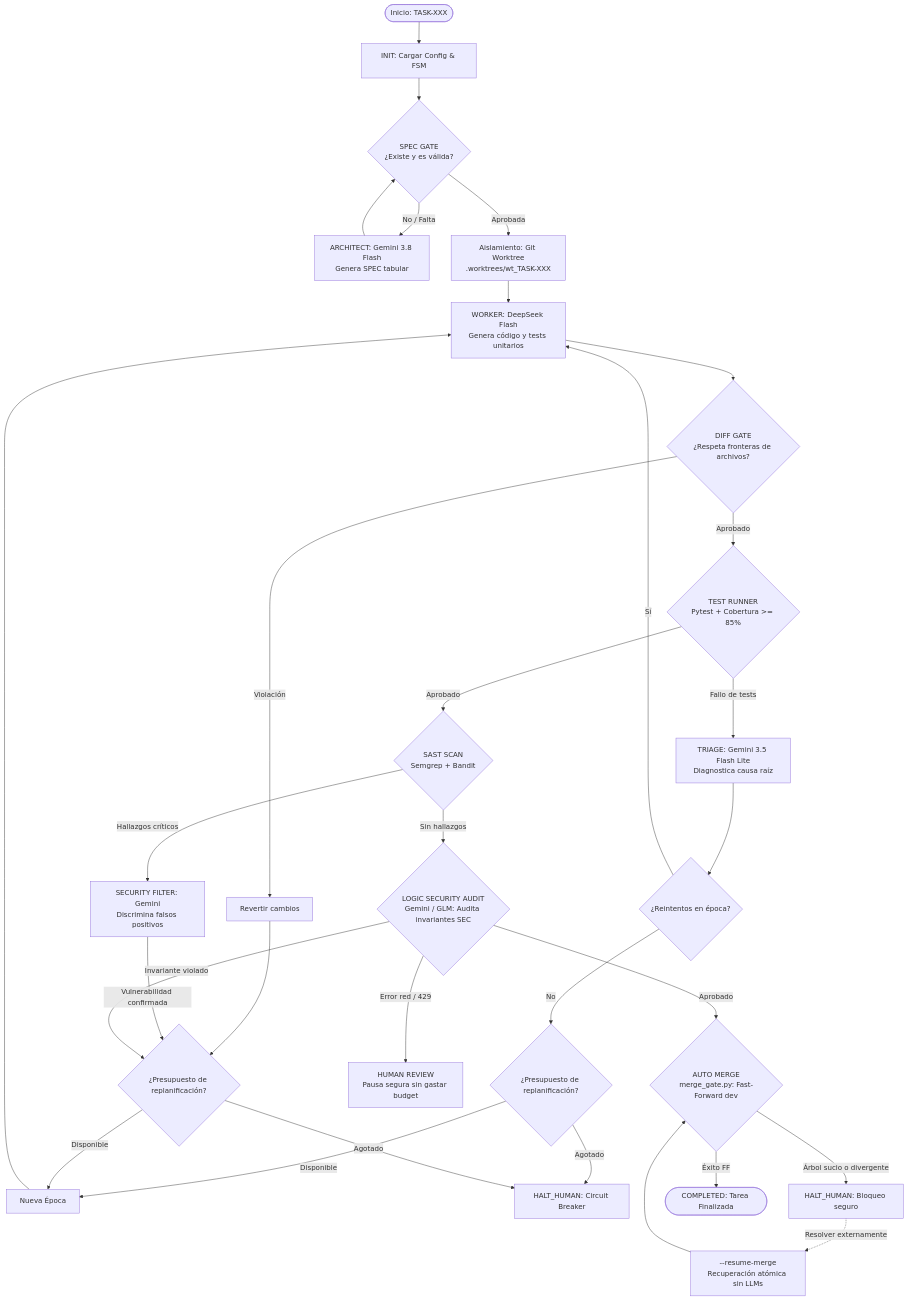
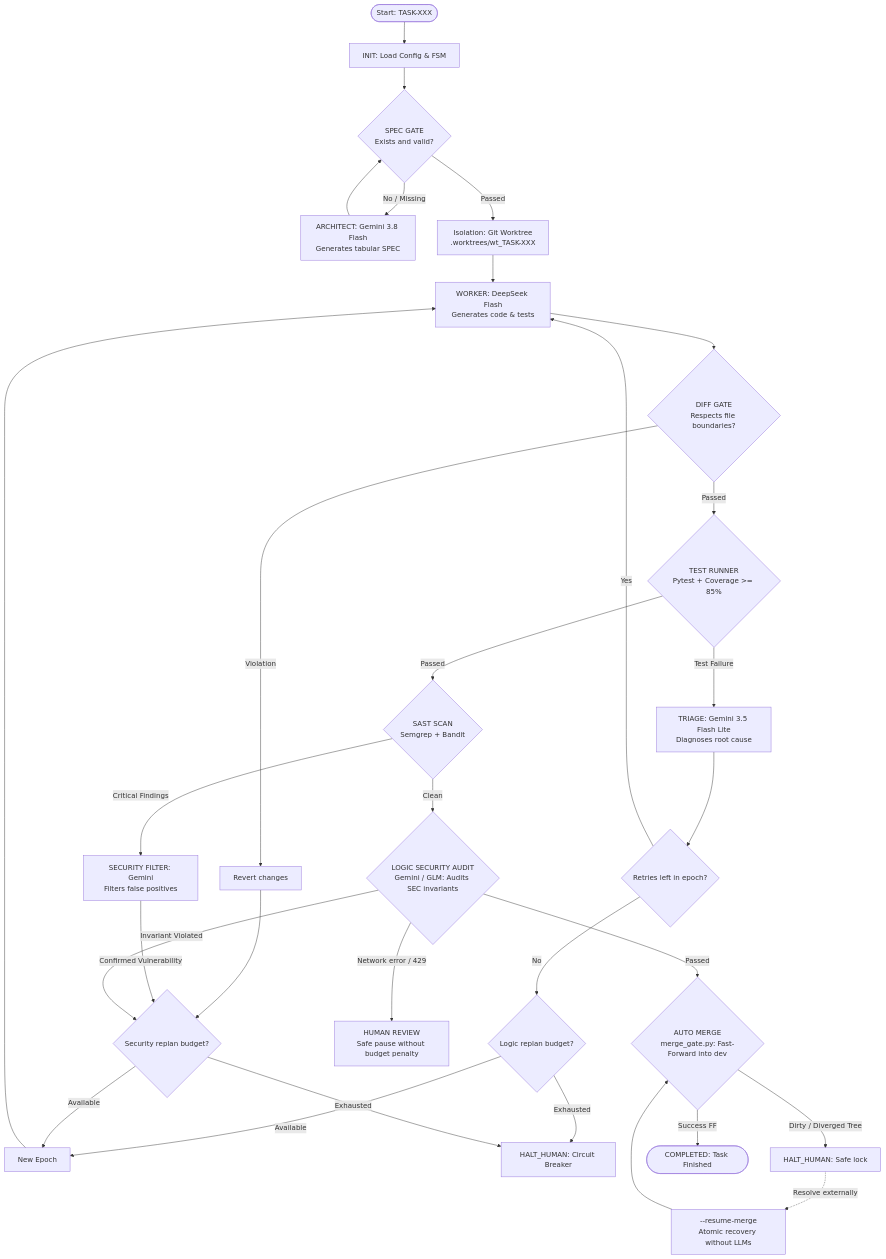
The diagram in README.md (LE0ST/autonomous-multi-agent-software-factory), drawn with Mermaid before and after one commit. The commit also changed other lines of this file and 3 other files, not shown here.

````diff
--- a/README.md
+++ b/README.md
@@ -36,39 +38,39 @@
 ```mermaid
 flowchart TD
-    Start([Inicio: TASK-XXX]) --> INIT[INIT: Cargar Config & FSM]
-    INIT --> SPEC_GATE{SPEC GATE<br/>¿Existe y es válida?}
+    Start([Start: TASK-XXX]) --> INIT[INIT: Load Config & FSM]
+    INIT --> SPEC_GATE{SPEC GATE<br/>Exists and valid?}
     
-    SPEC_GATE -- No / Falta --> ARCHITECT[ARCHITECT: Gemini 3.8 Flash<br/>Genera SPEC tabular]
+    SPEC_GATE -- No / Missing --> ARCHITECT[ARCHITECT: Gemini 3.8 Flash<br/>Generates tabular SPEC]
     ARCHITECT --> SPEC_GATE
     
-    SPEC_GATE -- Aprobada --> WORKTREE[Aislamiento: Git Worktree<br/>.worktrees/wt_TASK-XXX]
-    WORKTREE --> WORKER[WORKER: DeepSeek Flash<br/>Genera código y tests unitarios]
+    SPEC_GATE -- Passed --> WORKTREE[Isolation: Git Worktree<br/>.worktrees/wt_TASK-XXX]
+    WORKTREE --> WORKER[WORKER: DeepSeek Flash<br/>Generates code & tests]
     
-    WORKER --> DIFF_GATE{DIFF GATE<br/>¿Respeta fronteras de archivos?}
-    DIFF_GATE -- Violación --> REVERT_DIFF[Revertir cambios] --> REPLAN_SEC{¿Presupuesto de replanificación?}
+    WORKER --> DIFF_GATE{DIFF GATE<br/>Respects file boundaries?}
+    DIFF_GATE -- Violation --> REVERT_DIFF[Revert changes] --> REPLAN_SEC{Security replan budget?}
     
-    DIFF_GATE -- Aprobado --> TESTING{TEST RUNNER<br/>Pytest + Cobertura >= 85%}
-    TESTING -- Fallo de tests --> TRIAGE[TRIAGE: Gemini 3.5 Flash Lite<br/>Diagnostica causa raíz]
-    TRIAGE --> RETRY_EPOCH{¿Reintentos en época?}
-    RETRY_EPOCH -- Sí --> WORKER
-    RETRY_EPOCH -- No --> REPLAN_LOG{¿Presupuesto de replanificación?}
-    REPLAN_LOG -- Disponible --> NEW_EPOCH[Nueva Época] --> WORKER
-    REPLAN_LOG -- Agotado --> HALT_HUMAN[HALT_HUMAN: Circuit Breaker]
+    DIFF_GATE -- Passed --> TESTING{TEST RUNNER<br/>Pytest + Coverage >= 85%}
+    TESTING -- Test Failure --> TRIAGE[TRIAGE: Gemini 3.5 Flash Lite<br/>Diagnoses root cause]
+    TRIAGE --> RETRY_EPOCH{Retries left in epoch?}
+    RETRY_EPOCH -- Yes --> WORKER
+    RETRY_EPOCH -- No --> REPLAN_LOG{Logic replan budget?}
+    REPLAN_LOG -- Available --> NEW_EPOCH[New Epoch] --> WORKER
+    REPLAN_LOG -- Exhausted --> HALT_HUMAN[HALT_HUMAN: Circuit Breaker]
     
-    TESTING -- Aprobado --> SAST{SAST SCAN<br/>Semgrep + Bandit}
-    SAST -- Hallazgos críticos --> SAST_FILTER[SECURITY FILTER: Gemini<br/>Discrimina falsos positivos]
-    SAST_FILTER -- Vulnerabilidad confirmada --> REPLAN_SEC
-    REPLAN_SEC -- Disponible --> NEW_EPOCH
-    REPLAN_SEC -- Agotado --> HALT_HUMAN
+    TESTING -- Passed --> SAST{SAST SCAN<br/>Semgrep + Bandit}
+    SAST -- Critical Findings --> SAST_FILTER[SECURITY FILTER: Gemini<br/>Filters false positives]
+    SAST_FILTER -- Confirmed Vulnerability --> REPLAN_SEC
+    REPLAN_SEC -- Available --> NEW_EPOCH
+    REPLAN_SEC -- Exhausted --> HALT_HUMAN
     
-    SAST -- Sin hallazgos --> LOGIC_AUDIT{LOGIC SECURITY AUDIT<br/>Gemini / GLM: Audita invariantes SEC}
-    LOGIC_AUDIT -- Error red / 429 --> HUMAN_REVIEW[HUMAN REVIEW<br/>Pausa segura sin gastar budget]
-    LOGIC_AUDIT -- Invariante violado --> REPLAN_SEC
+    SAST -- Clean --> LOGIC_AUDIT{LOGIC SECURITY AUDIT<br/>Gemini / GLM: Audits SEC invariants}
+    LOGIC_AUDIT -- Network error / 429 --> HUMAN_REVIEW[HUMAN REVIEW<br/>Safe pause without budget penalty]
+    LOGIC_AUDIT -- Invariant Violated --> REPLAN_SEC
     
-    LOGIC_AUDIT -- Aprobado --> AUTO_MERGE{AUTO MERGE<br/>merge_gate.py: Fast-Forward dev}
-    AUTO_MERGE -- Árbol sucio o divergente --> HALT_MERGE[HALT_HUMAN: Bloqueo seguro]
-    AUTO_MERGE -- Éxito FF --> COMPLETED([COMPLETED: Tarea Finalizada])
+    LOGIC_AUDIT -- Passed --> AUTO_MERGE{AUTO MERGE<br/>merge_gate.py: Fast-Forward into dev}
+    AUTO_MERGE -- Dirty / Diverged Tree --> HALT_MERGE[HALT_HUMAN: Safe lock]
+    AUTO_MERGE -- Success FF --> COMPLETED([COMPLETED: Task Finished])
     
-    HALT_MERGE -. Resolver externamente .-> RESUME[--resume-merge<br/>Recuperación atómica sin LLMs]
+    HALT_MERGE -. Resolve externally .-> RESUME[--resume-merge<br/>Atomic recovery without LLMs]
     RESUME --> AUTO_MERGE
 ```
````
